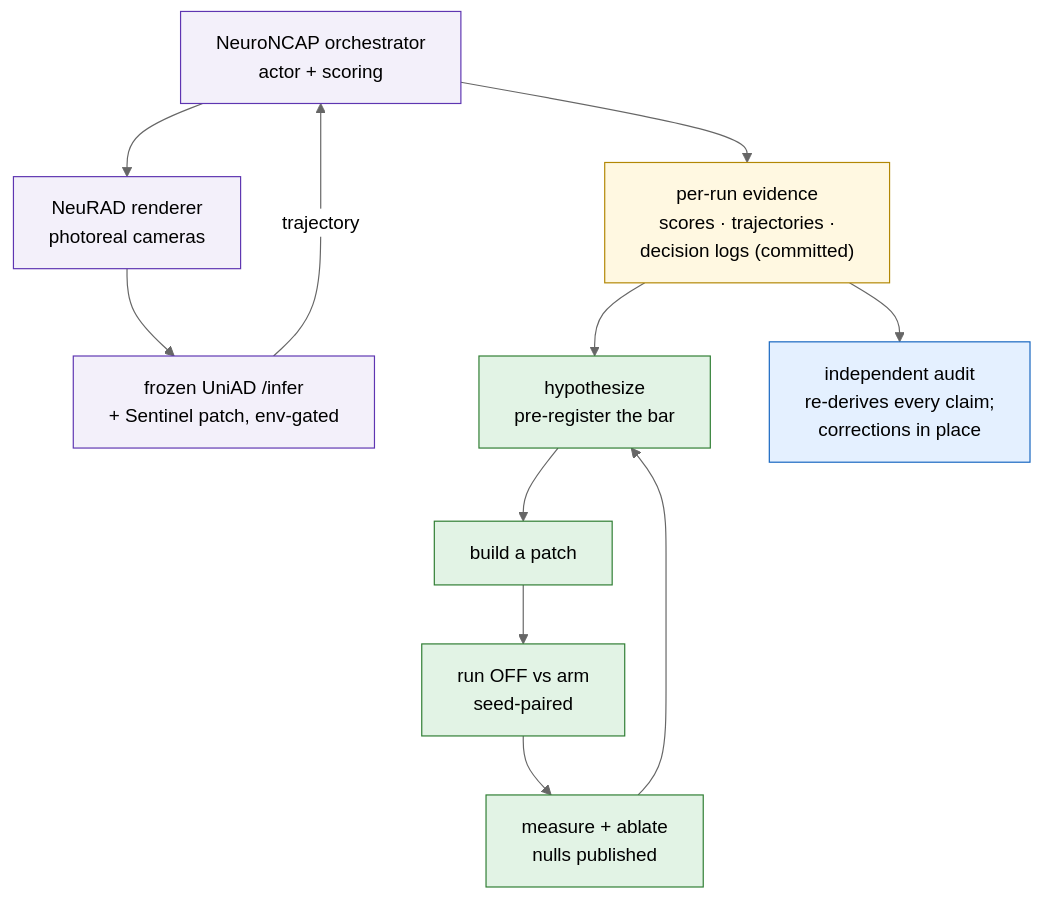
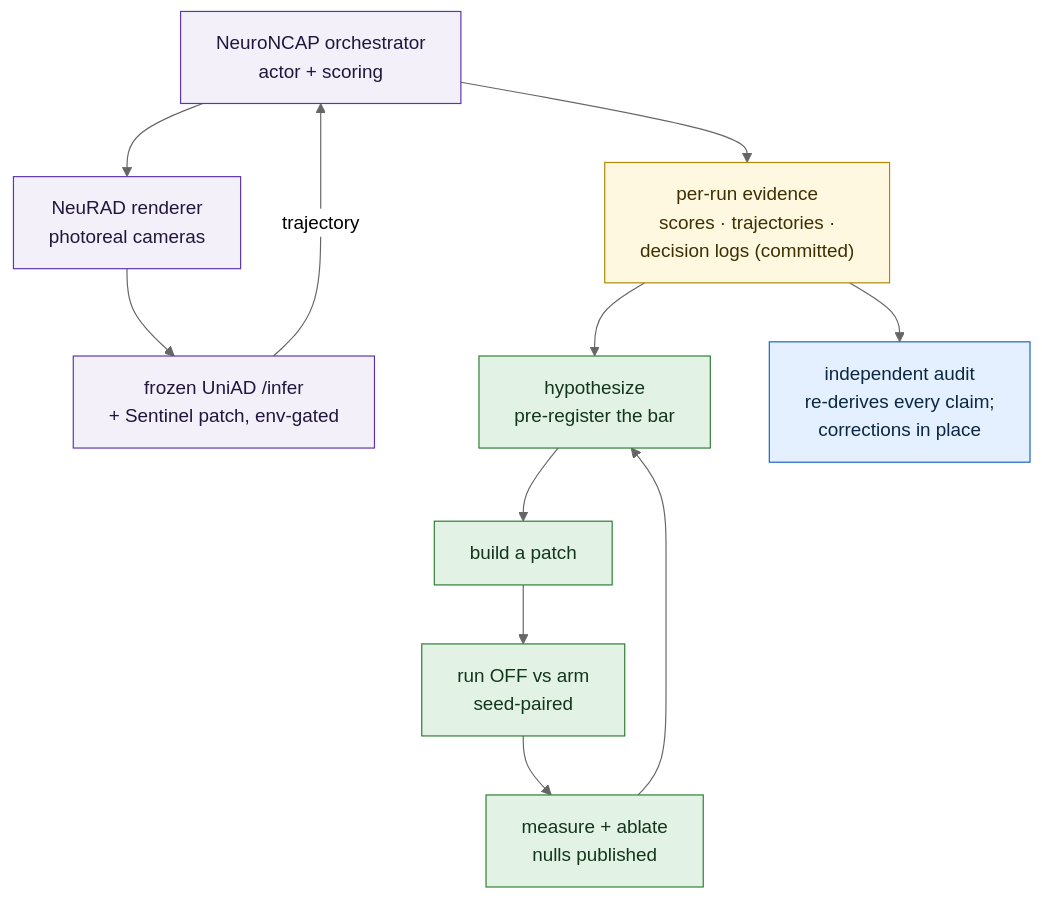
One commit to manfromnowhere143/sentinel changed the third of 3 diagrams in README.md. Above: the diagram before and after it, drawn with Mermaid (neutral theme). The commit also changed other lines of this file, not shown here.

First line of the commit message:
README diagrams: explicit text color on every node class — dark-mode readable

````diff
--- a/README.md
+++ b/README.md
@@ -177,17 +179,17 @@
 ```mermaid
 flowchart TB
   ORCH["NeuroNCAP orchestrator<br/>actor + scoring"] --> REND["NeuRAD renderer<br/>photoreal cameras"]
   REND --> MODEL["frozen UniAD /infer<br/>+ Sentinel patch, env-gated"]
   MODEL -- "trajectory" --> ORCH
   ORCH --> EVID["per-run evidence<br/>scores · trajectories ·<br/>decision logs (committed)"]
   EVID --> H["hypothesize<br/>pre-register the bar"] --> B2["build a patch"] --> R2["run OFF vs arm<br/>seed-paired"] --> M2["measure + ablate<br/>nulls published"] --> H
   EVID --> AUD["independent audit<br/>re-derives every claim;<br/>corrections in place"]
-  classDef stack fill:#f3f0fa,stroke:#5e35b1;
-  classDef loop fill:#e2f3e5,stroke:#2e7d32;
-  classDef ev fill:#fff8e1,stroke:#b28704;
-  classDef audit fill:#e4f0ff,stroke:#1565c0;
+  classDef stack fill:#f3f0fa,stroke:#5e35b1,color:#22163d;
+  classDef loop fill:#e2f3e5,stroke:#2e7d32,color:#13361b;
+  classDef ev fill:#fff8e1,stroke:#b28704,color:#3d2f00;
+  classDef audit fill:#e4f0ff,stroke:#1565c0,color:#0c2742;
   class ORCH,REND,MODEL stack;
   class H,B2,R2,M2 loop;
   class EVID ev;
   class AUD audit;
 ```
````
